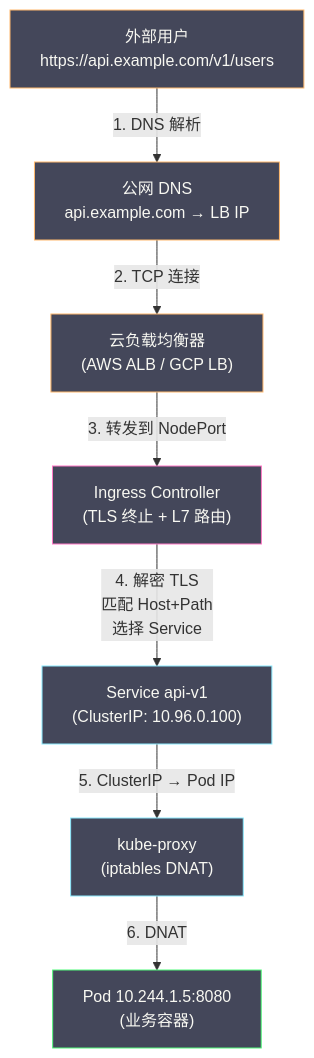
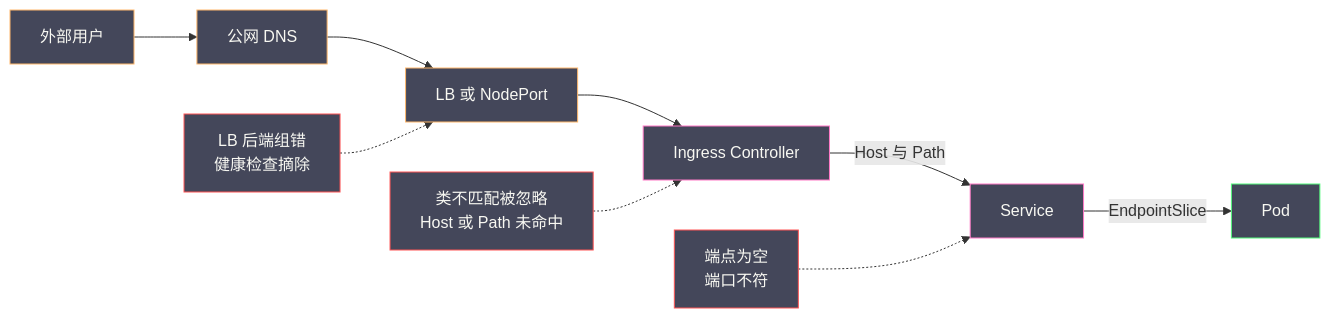
Before and after one commit to hpliStartAgain/my-brain: the fourth of 5 diagrams in content/云原生/Kubernetes/kubernetes生命周期管理和服务发现/06 DNS 服务发现与 Ingress.md, drawn with Mermaid. The commit also changed other lines of this file and 259 other files, not shown here.

````diff
--- a/content/云原生/Kubernetes/kubernetes生命周期管理和服务发现/06 DNS 服务发现与 Ingress.md
+++ b/content/云原生/Kubernetes/kubernetes生命周期管理和服务发现/06 DNS 服务发现与 Ingress.md
@@ -446,28 +318,23 @@
 ```mermaid
 %%{init: {'theme': 'dracula'}}%%
-graph TD
-    CLIENT["外部用户</br>https://api.example.com/v1/users"]
-    DNS["公网 DNS</br>api.example.com → LB IP"]
-    LB["云负载均衡器</br>(AWS ALB / GCP LB)"]
-    IC["Ingress Controller</br>(TLS 终止 + L7 路由)"]
-    SVC["Service api-v1</br>(ClusterIP: 10.96.0.100)"]
-    KP["kube-proxy</br>(iptables DNAT)"]
-    POD["Pod 10.244.1.5:8080</br>(业务容器)"]
+flowchart LR
+    U["外部用户"] --> DNS["公网 DNS"]
+    DNS --> LB["LB 或 NodePort"]
+    LB --> IC["Ingress Controller"]
+    IC -->|"Host 与 Path"| SVC["Service"]
+    SVC -->|"EndpointSlice"| POD["Pod"]
 
-    CLIENT -->|"1. DNS 解析"| DNS
-    DNS -->|"2. TCP 连接"| LB
-    LB -->|"3. 转发到 NodePort"| IC
-    IC -->|"4. 解密 TLS</br>匹配 Host+Path</br>选择 Service"| SVC
-    SVC -->|"5. ClusterIP → Pod IP"| KP
-    KP -->|"6. DNAT"| POD
+    F1["LB 后端组错<br/>健康检查摘除"] -.-> LB
+    F2["类不匹配被忽略<br/>Host 或 Path 未命中"] -.-> IC
+    F3["端点为空<br/>端口不符"] -.-> SVC
 
     classDef ext fill:#44475a,stroke:#ffb86c,color:#f8f8f2
     classDef l7 fill:#44475a,stroke:#ff79c6,color:#f8f8f2
-    classDef l4 fill:#44475a,stroke:#8be9fd,color:#f8f8f2
     classDef pod fill:#44475a,stroke:#50fa7b,color:#f8f8f2
+    classDef fault fill:#44475a,stroke:#ff5555,color:#f8f8f2
 
-    class CLIENT,DNS,LB ext
-    class IC l7
-    class SVC,KP l4
+    class U,DNS,LB ext
+    class IC,SVC l7
     class POD pod
+    class F1,F2,F3 fault
 ```
````
